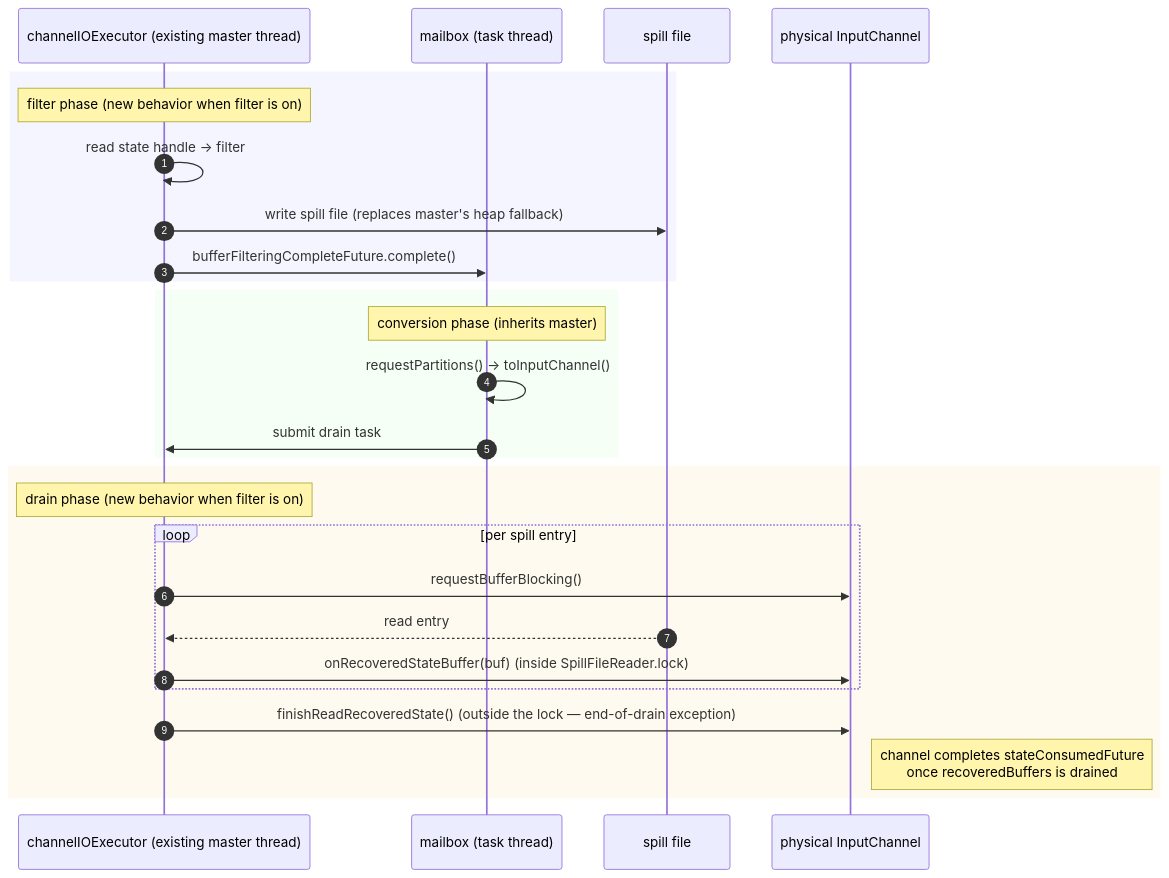
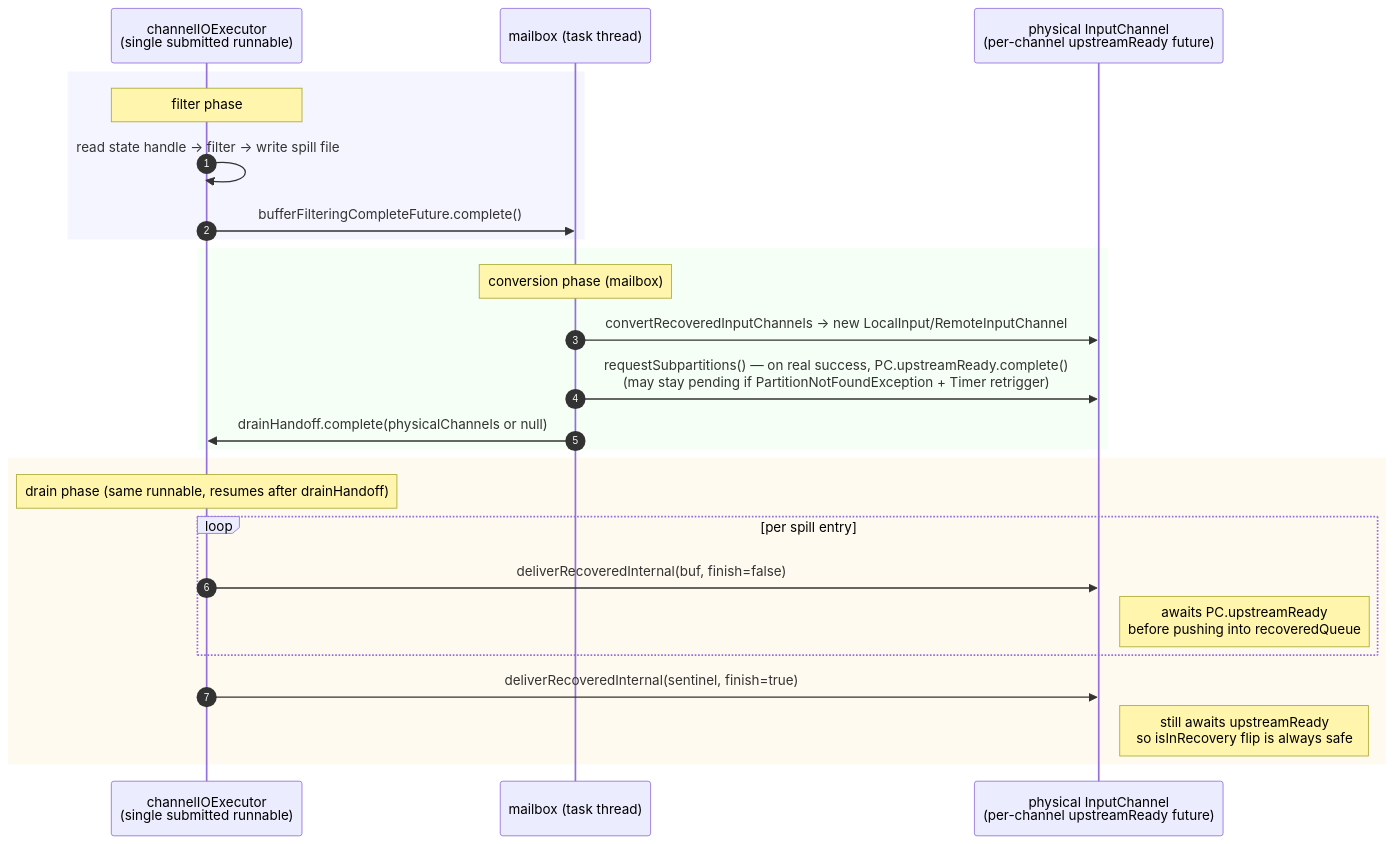
Before and after one commit to 1996fanrui/flink: the first of 2 diagrams in requirements/38544/simplify_approach/overview.md, drawn with Mermaid. The commit also changed other lines of this file and 9 other files, not shown here.

````diff
--- a/requirements/38544/simplify_approach/overview.md
+++ b/requirements/38544/simplify_approach/overview.md
@@ -33,29 +44,28 @@
 ```mermaid
 sequenceDiagram
     autonumber
-    participant CIO as channelIOExecutor (existing master thread)
+    participant CIO as channelIOExecutor<br/>(single submitted runnable)
     participant MB  as mailbox (task thread)
-    participant DISK as spill file
-    participant PC  as physical InputChannel
+    participant PC  as physical InputChannel<br/>(per-channel upstreamReady future)
+
     rect rgb(245,245,255)
-      Note over CIO: filter phase (new behavior when filter is on)
-      CIO->>CIO: read state handle → filter
-      CIO->>DISK: write spill file (replaces master's heap fallback)
+      Note over CIO: filter phase
+      CIO->>CIO: read state handle → filter → write spill file
       CIO->>MB: bufferFilteringCompleteFuture.complete()
     end
     rect rgb(245,255,245)
-      Note over MB: conversion phase (inherits master)
-      MB->>MB: requestPartitions() → toInputChannel()
-      MB->>CIO: submit drain task
+      Note over MB: conversion phase (mailbox)
+      MB->>PC: convertRecoveredInputChannels → new LocalInput/RemoteInputChannel
+      MB->>PC: requestSubpartitions() — on real success, PC.upstreamReady.complete()<br/>(may stay pending if PartitionNotFoundException + Timer retrigger)
+      MB->>CIO: drainHandoff.complete(physicalChannels or null)
     end
     rect rgb(255,250,240)
-      Note over CIO: drain phase (new behavior when filter is on)
+      Note over CIO: drain phase (same runnable, resumes after drainHandoff)
       loop per spill entry
-        CIO->>PC: requestBufferBlocking()
-        DISK-->>CIO: read entry
-        CIO->>PC: onRecoveredStateBuffer(buf) (inside SpillFileReader.lock)
+        CIO->>PC: deliverRecoveredInternal(buf, finish=false)
+        Note right of PC: awaits PC.upstreamReady<br/>before pushing into recoveredQueue
       end
-      CIO->>PC: finishReadRecoveredState() (outside the lock — end-of-drain exception)
-      Note right of PC: channel completes stateConsumedFuture<br/>once recoveredBuffers is drained
+      CIO->>PC: deliverRecoveredInternal(sentinel, finish=true)
+      Note right of PC: still awaits upstreamReady<br/>so isInRecovery flip is always safe
     end
 ```
````
